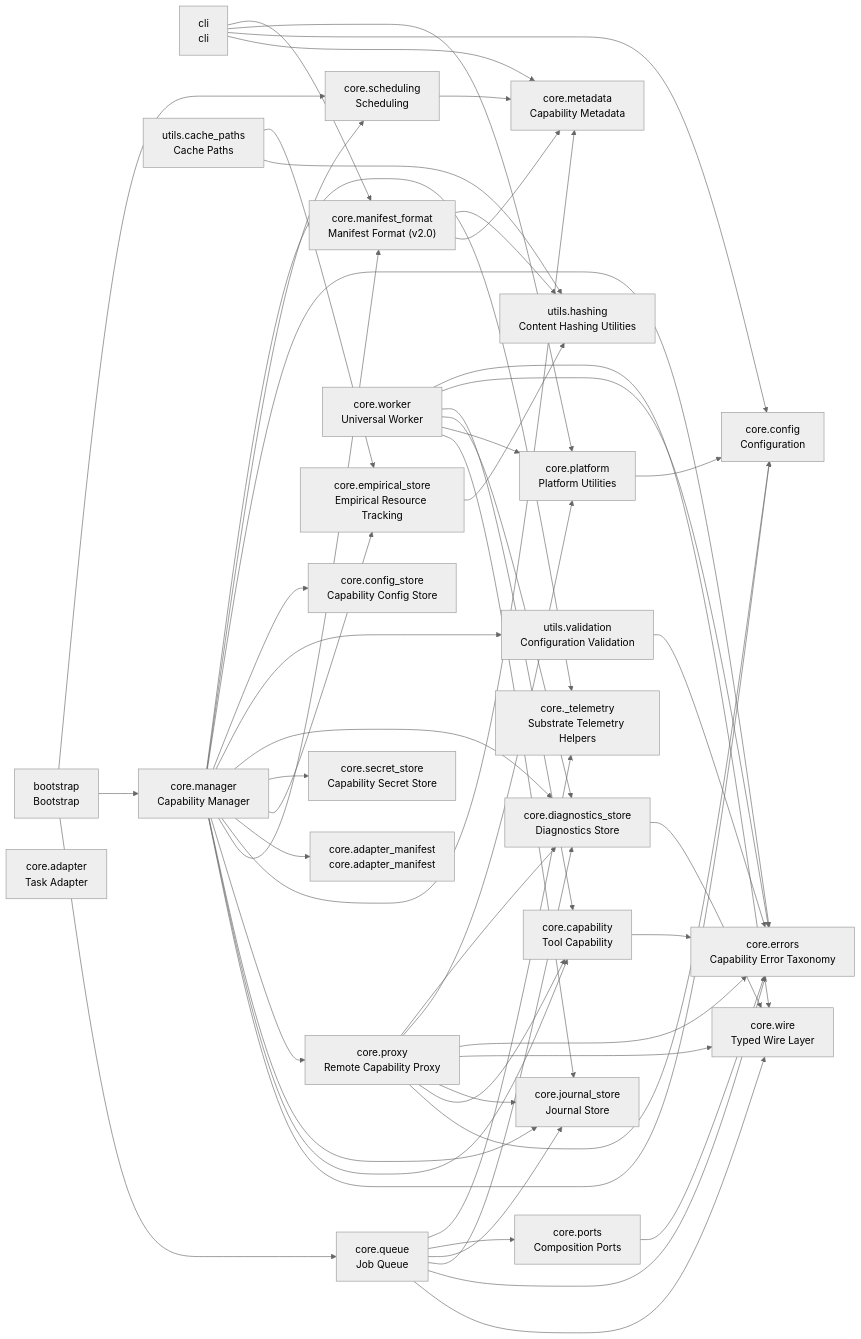
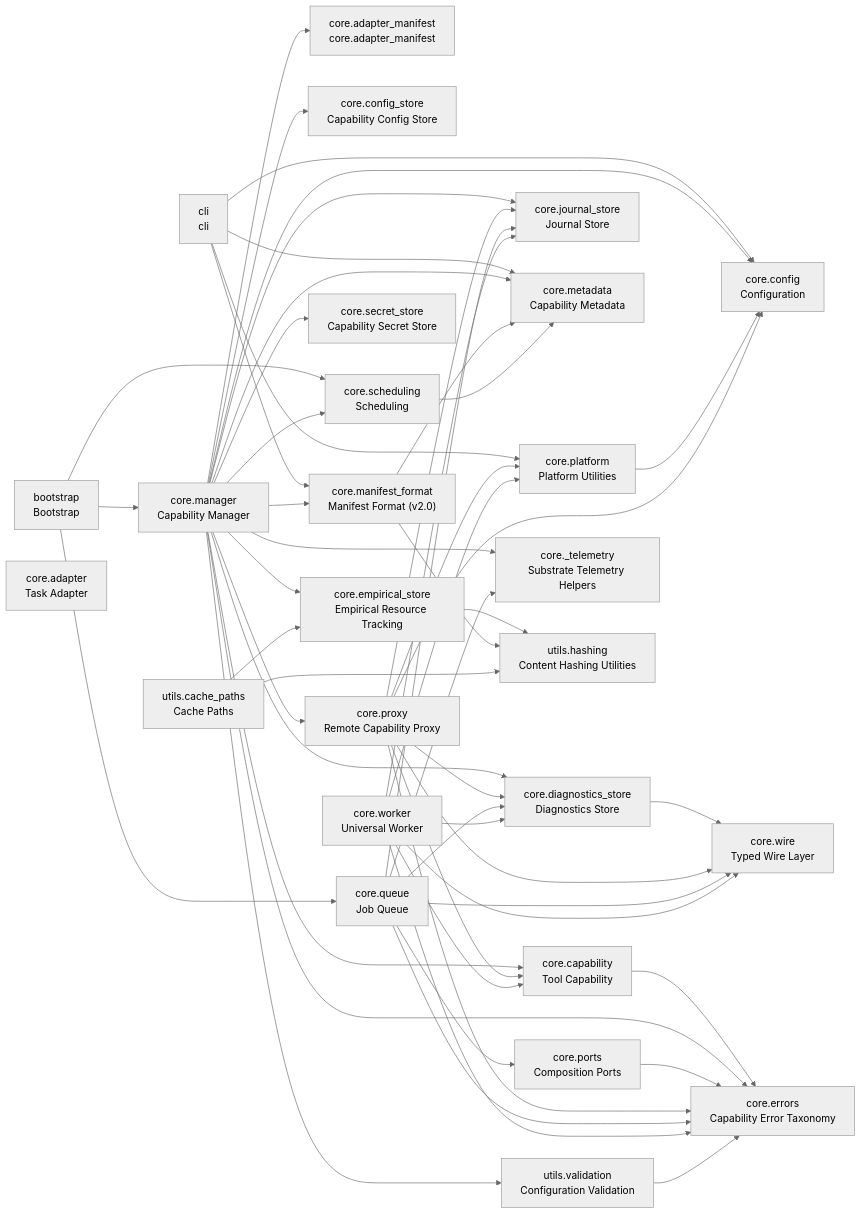
The diagram in README.md (cj-mills/cjm-substrate), drawn with Mermaid (neutral theme) before and after one commit. The commit also changed other lines of this file and 8 other files, not shown here.

````diff
--- a/README.md
+++ b/README.md
@@ -48,82 +48,82 @@
 ``` mermaid
 graph LR
     bootstrap["bootstrap<br/>Bootstrap"]
     cli["cli<br/>cli"]
     core_adapter["core.adapter<br/>Task Adapter"]
     core_adapter_manifest["core.adapter_manifest<br/>core.adapter_manifest"]
     core_capability["core.capability<br/>Tool Capability"]
     core_config["core.config<br/>Configuration"]
     core_config_store["core.config_store<br/>Capability Config Store"]
     core_diagnostics_store["core.diagnostics_store<br/>Diagnostics Store"]
     core_empirical_store["core.empirical_store<br/>Empirical Resource Tracking"]
     core_errors["core.errors<br/>Capability Error Taxonomy"]
     core_journal_store["core.journal_store<br/>Journal Store"]
     core_manager["core.manager<br/>Capability Manager"]
     core_manifest_format["core.manifest_format<br/>Manifest Format (v2.0)"]
     core_metadata["core.metadata<br/>Capability Metadata"]
     core_platform["core.platform<br/>Platform Utilities"]
     core_ports["core.ports<br/>Composition Ports"]
     core_proxy["core.proxy<br/>Remote Capability Proxy"]
     core_queue["core.queue<br/>Job Queue"]
     core_scheduling["core.scheduling<br/>Scheduling"]
     core_secret_store["core.secret_store<br/>Capability Secret Store"]
     core__telemetry["core._telemetry<br/>Substrate Telemetry Helpers"]
     core_wire["core.wire<br/>Typed Wire Layer"]
     core_worker["core.worker<br/>Universal Worker"]
     utils_cache_paths["utils.cache_paths<br/>Cache Paths"]
     utils_hashing["utils.hashing<br/>Content Hashing Utilities"]
     utils_validation["utils.validation<br/>Configuration Validation"]
 
+    bootstrap --> core_manager
     bootstrap --> core_scheduling
-    bootstrap --> core_manager
     bootstrap --> core_queue
+    cli --> core_config
     cli --> core_manifest_format
     cli --> core_platform
-    cli --> core_config
     cli --> core_metadata
     core_capability --> core_errors
     core_diagnostics_store --> core_wire
     core_empirical_store --> utils_hashing
-    core_manager --> core__telemetry
+    core_manager --> core_errors
+    core_manager --> core_empirical_store
+    core_manager --> core_proxy
+    core_manager --> core_metadata
+    core_manager --> utils_validation
+    core_manager --> core_adapter_manifest
+    core_manager --> core_journal_store
+    core_manager --> core_diagnostics_store
+    core_manager --> core_config_store
+    core_manager --> core_manifest_format
+    core_manager --> core_secret_store
     core_manager --> core_scheduling
-    core_manager --> core_errors
-    core_manager --> core_config_store
-    core_manager --> utils_validation
-    core_manager --> core_diagnostics_store
-    core_manager --> core_secret_store
-    core_manager --> core_empirical_store
-    core_manager --> core_adapter_manifest
-    core_manager --> core_metadata
-    core_manager --> core_manifest_format
-    core_manager --> core_proxy
-    core_manager --> core_journal_store
     core_manager --> core_capability
     core_manager --> core_config
+    core_manager --> core__telemetry
+    core_manifest_format --> core_metadata
     core_manifest_format --> utils_hashing
-    core_manifest_format --> core_metadata
     core_platform --> core_config
     core_ports --> core_errors
     core_proxy --> core_diagnostics_store
+    core_proxy --> core_wire
     core_proxy --> core_platform
     core_proxy --> core_errors
-    core_proxy --> core_wire
     core_proxy --> core_journal_store
     core_proxy --> core_capability
     core_proxy --> core_config
-    core_queue --> core__telemetry
     core_queue --> core_ports
+    core_queue --> core_wire
     core_queue --> core_journal_store
     core_queue --> core_diagnostics_store
     core_queue --> core_errors
-    core_queue --> core_wire
+    core_queue --> core__telemetry
     core_scheduling --> core_metadata
     core_worker --> core_wire
-    core_worker --> core_errors
-    core_worker --> core_capability
-    core_worker --> core_diagnostics_store
     core_worker --> core_platform
     core_worker --> core_journal_store
+    core_worker --> core_diagnostics_store
+    core_worker --> core_capability
+    core_worker --> core_errors
+    utils_cache_paths --> utils_hashing
     utils_cache_paths --> core_empirical_store
-    utils_cache_paths --> utils_hashing
     utils_validation --> core_errors
 ```
````
